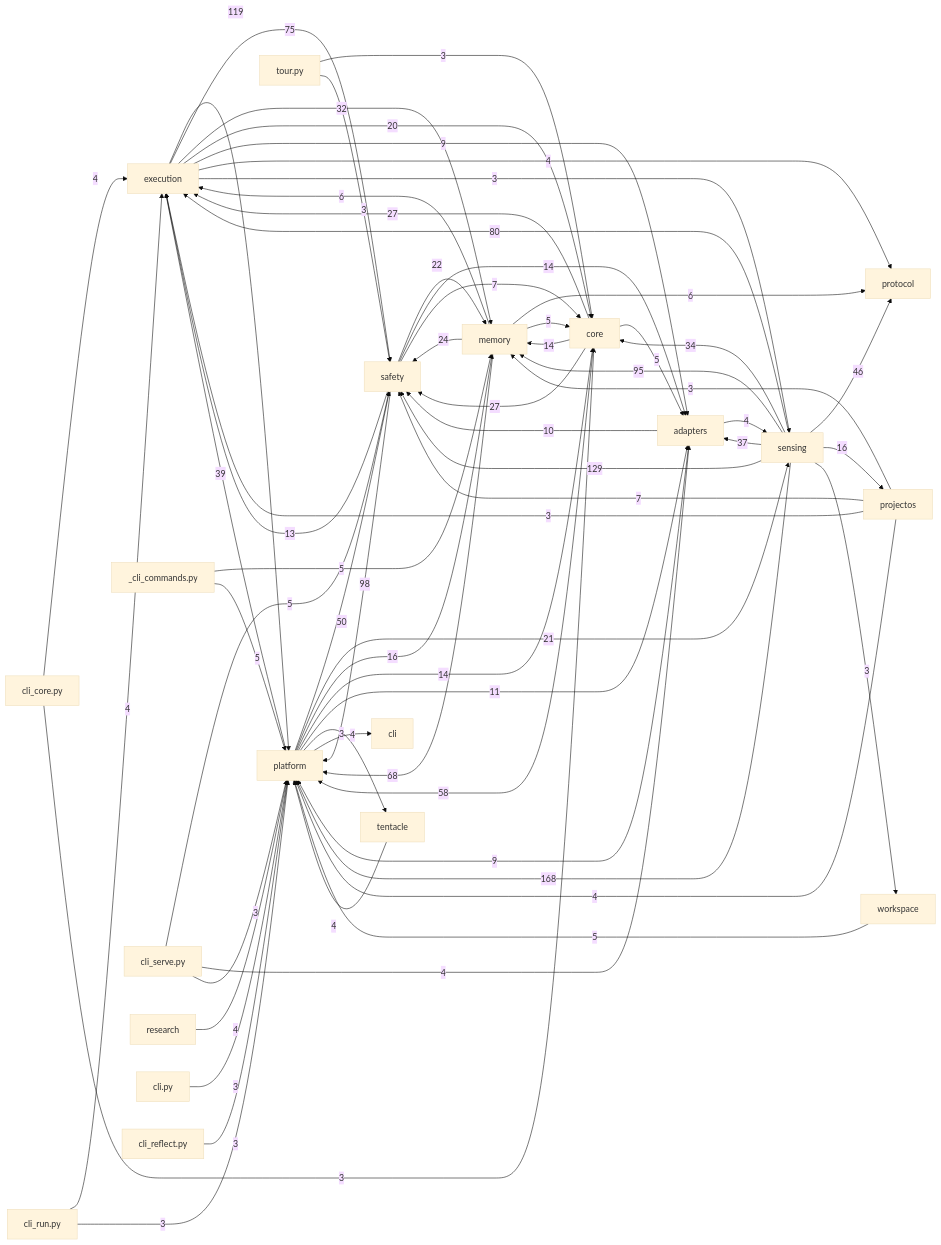
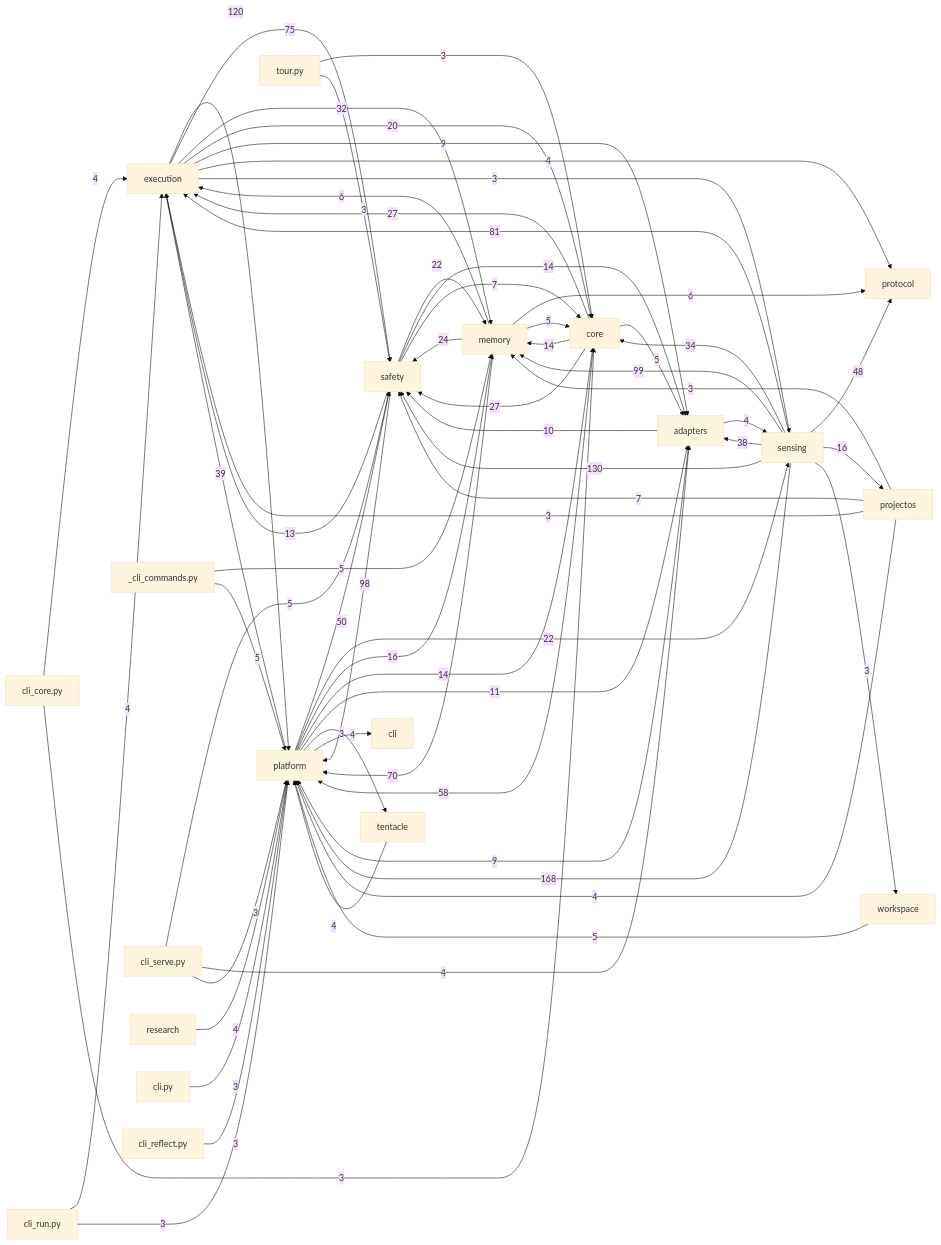
Before and after one commit to dengdenghua/octopus-agent: the diagram in docs/auto/20-backend/index.md, drawn with Mermaid (base theme). The commit also changed 140 other files, not shown here.

````diff
--- a/docs/auto/20-backend/index.md
+++ b/docs/auto/20-backend/index.md
@@ -26,72 +26,72 @@
 ```mermaid
 graph LR
   execution[execution]
   core[core]
   safety[safety]
   memory[memory]
   sensing[sensing]
   adapters[adapters]
   platform[platform]
   sensing -- 168 --> platform
-  sensing -- 129 --> safety
-  execution -- 119 --> platform
+  sensing -- 130 --> safety
+  execution -- 120 --> platform
+  sensing -- 99 --> memory
   safety -- 98 --> platform
-  sensing -- 95 --> memory
-  sensing -- 80 --> execution
+  sensing -- 81 --> execution
   execution -- 75 --> safety
-  memory -- 68 --> platform
+  memory -- 70 --> platform
   core -- 58 --> platform
   platform -- 50 --> safety
-  sensing -- 46 --> protocol
+  sensing -- 48 --> protocol
   platform -- 39 --> execution
-  sensing -- 37 --> adapters
+  sensing -- 38 --> adapters
   sensing -- 34 --> core
   execution -- 32 --> memory
   core -- 27 --> execution
   core -- 27 --> safety
   memory -- 24 --> safety
+  platform -- 22 --> sensing
   safety -- 22 --> memory
-  platform -- 21 --> sensing
   execution -- 20 --> core
   platform -- 16 --> memory
   sensing -- 16 --> projectos
   core -- 14 --> memory
   platform -- 14 --> core
   safety -- 14 --> adapters
   safety -- 13 --> execution
   platform -- 11 --> adapters
   adapters -- 10 --> safety
   adapters -- 9 --> platform
   execution -- 9 --> adapters
   projectos -- 7 --> safety
   safety -- 7 --> core
   memory -- 6 --> execution
   memory -- 6 --> protocol
   _cli_commands.py -- 5 --> memory
   _cli_commands.py -- 5 --> platform
   cli_serve.py -- 5 --> safety
   core -- 5 --> adapters
   memory -- 5 --> core
   workspace -- 5 --> platform
   adapters -- 4 --> sensing
   cli_core.py -- 4 --> execution
   cli_run.py -- 4 --> execution
   cli_serve.py -- 4 --> adapters
   execution -- 4 --> protocol
   platform -- 4 --> tentacle
   projectos -- 4 --> platform
   research -- 4 --> platform
   tentacle -- 4 --> platform
   cli.py -- 3 --> platform
   cli_core.py -- 3 --> core
   cli_reflect.py -- 3 --> platform
   cli_run.py -- 3 --> platform
   cli_serve.py -- 3 --> platform
   execution -- 3 --> sensing
   platform -- 3 --> cli
   projectos -- 3 --> execution
   projectos -- 3 --> memory
   sensing -- 3 --> workspace
   tour.py -- 3 --> core
   tour.py -- 3 --> safety
 ```
````
